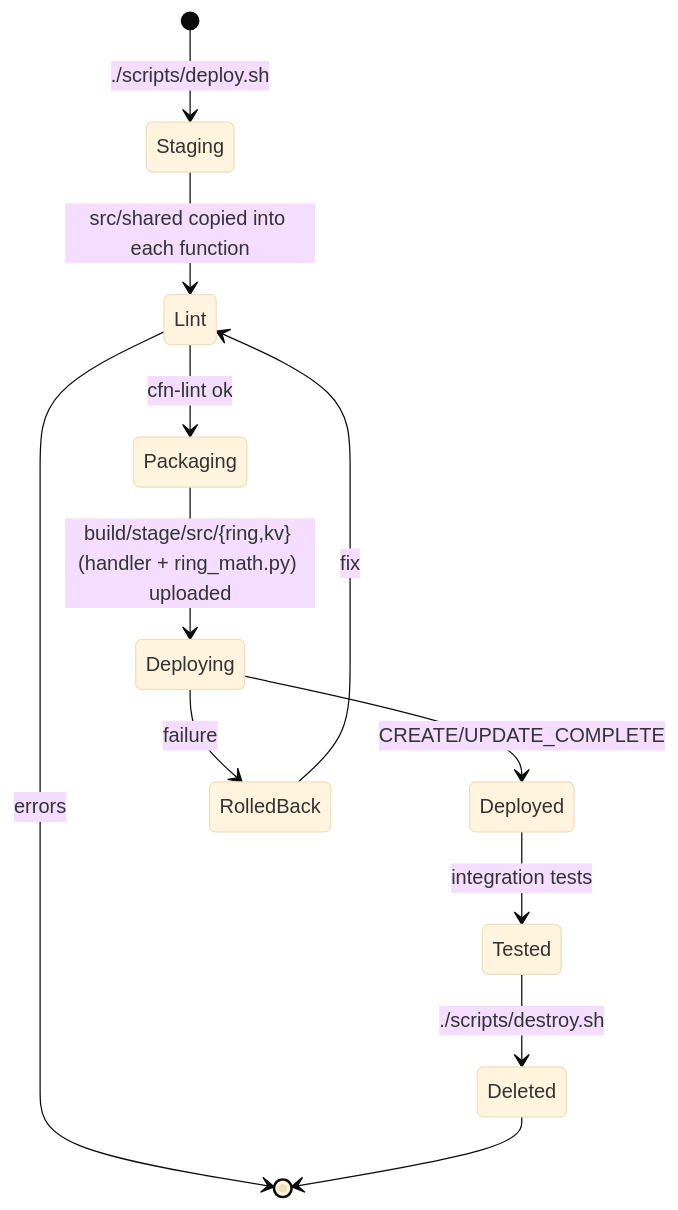
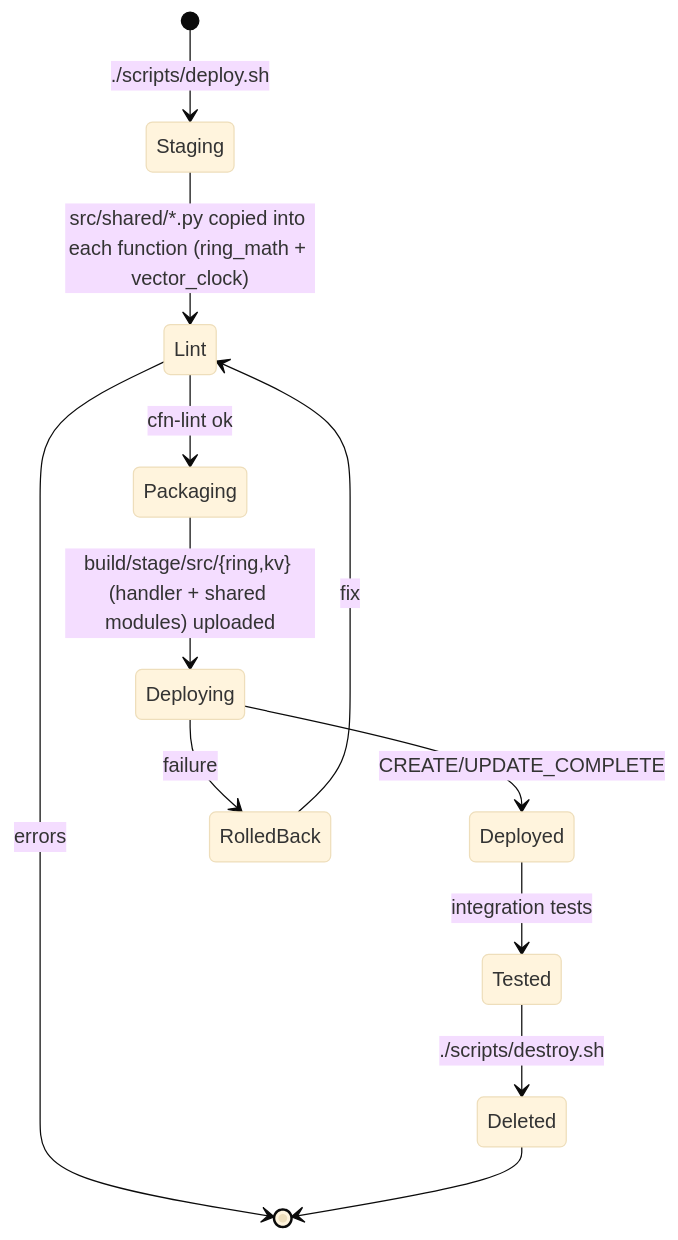
One commit to TareDevarsh/AWS-cloudformation-projects changed the seventh of 7 diagrams in 04-consistent-hashing/docs/workflow.md. Above: the diagram before and after it, drawn with Mermaid (base theme). The commit also changed other lines of this file and 7 other files, not shown here.

````diff
--- a/04-consistent-hashing/docs/workflow.md
+++ b/04-consistent-hashing/docs/workflow.md
@@ -169,14 +192,14 @@
 ```mermaid
 stateDiagram-v2
     [*] --> Staging: ./scripts/deploy.sh
-    Staging --> Lint: src/shared copied into each function
+    Staging --> Lint: src/shared/*.py copied into each function (ring_math + vector_clock)
     Lint --> Packaging: cfn-lint ok
     Lint --> [*]: errors
-    Packaging --> Deploying: build/stage/src/{ring,kv} (handler + ring_math.py) uploaded
+    Packaging --> Deploying: build/stage/src/{ring,kv} (handler + shared modules) uploaded
     Deploying --> Deployed: CREATE/UPDATE_COMPLETE
     Deploying --> RolledBack: failure
     RolledBack --> Lint: fix
     Deployed --> Tested: integration tests
     Tested --> Deleted: ./scripts/destroy.sh
     Deleted --> [*]
 ```
````
